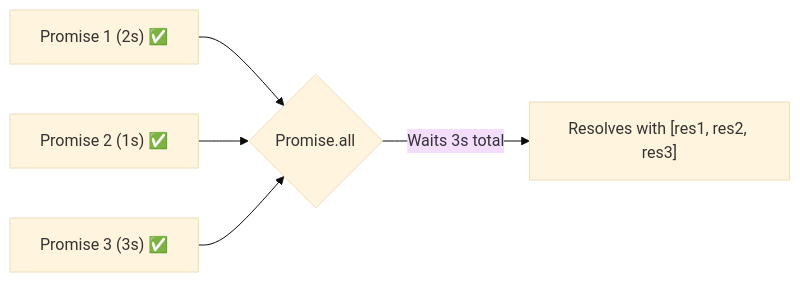
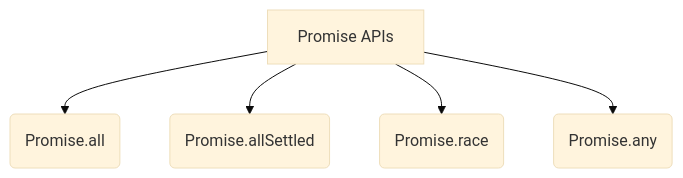
One commit to rajmpawar-hash/ByteNotes changed the first of 2 diagrams in src/notes/javascript/5-async/02-async/04-promise-apis.md. Above: the diagram before and after it, drawn with Mermaid (base theme). The commit also changed other lines of this file and 35 other files, not shown here.

Commit message:
chore: deduplicate notes, fix Mermaid syntax, and update GEMINI.md rules

````diff
--- a/src/notes/javascript/5-async/02-async/04-promise-apis.md
+++ b/src/notes/javascript/5-async/02-async/04-promise-apis.md
@@ -13,8 +5,7 @@
 ```mermaid
-flowchart LR
-    A["Promise 1 (2s) ✅"] --> D
-    B["Promise 2 (1s) ✅"] --> D
-    C["Promise 3 (3s) ✅"] --> D
-    
-    D{"Promise.all"} -->|Waits 3s total| E["Resolves with [res1, res2, res3]"]
+flowchart TD
+    A[Promise APIs] --> B(Promise.all)
+    A --> C(Promise.allSettled)
+    A --> D(Promise.race)
+    A --> E(Promise.any)
 ```
````
